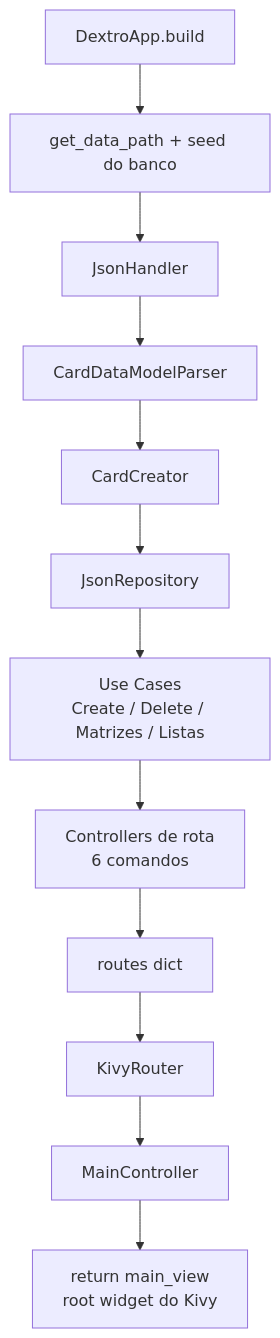
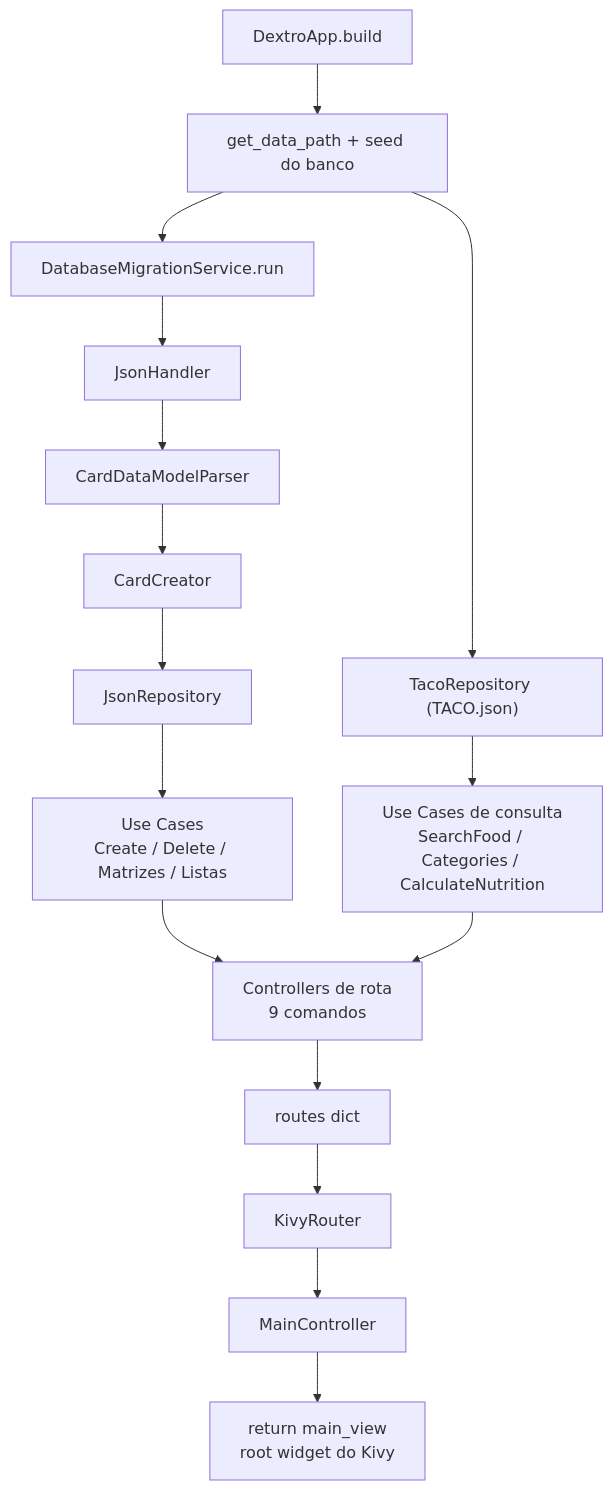
Before and after one commit to babingoia/Dextros: the second of 7 diagrams in documentação.md, drawn with Mermaid. The commit also changed other lines of this file and 3 other files, not shown here.

````diff
--- a/documentação.md
+++ b/documentação.md
@@ -819,14 +919,18 @@
 ```mermaid
 flowchart TD
     A["DextroApp.build"] --> B["get_data_path + seed do banco"]
-    B --> C1["JsonHandler"]
+    B --> M["DatabaseMigrationService.run"]
+    M --> C1["JsonHandler"]
     C1 --> C2["CardDataModelParser"]
     C2 --> C3["CardCreator"]
     C3 --> C4["JsonRepository"]
+    B --> T["TacoRepository (TACO.json)"]
     C4 --> D1["Use Cases<br/>Create / Delete / Matrizes / Listas"]
-    D1 --> E1["Controllers de rota<br/>6 comandos"]
+    T --> D2["Use Cases de consulta<br/>SearchFood / Categories / CalculateNutrition"]
+    D1 --> E1["Controllers de rota<br/>9 comandos"]
+    D2 --> E1
     E1 --> F["routes dict"]
     F --> G["KivyRouter"]
     G --> H["MainController"]
     H --> I["return main_view<br/>root widget do Kivy"]
 ```
````
